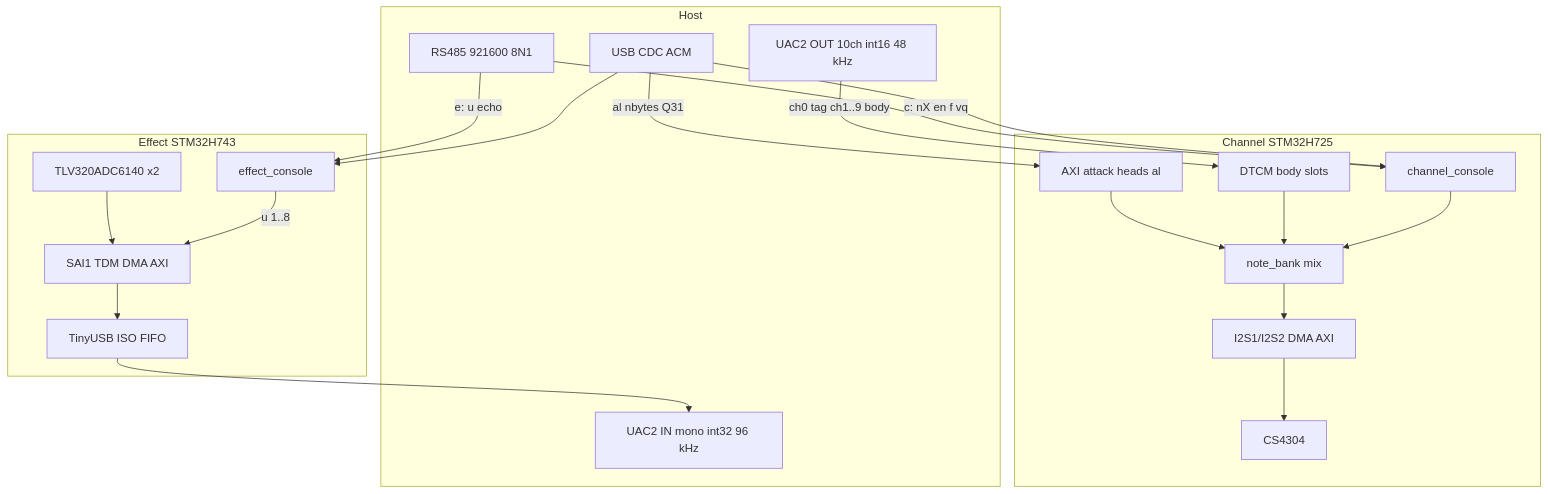
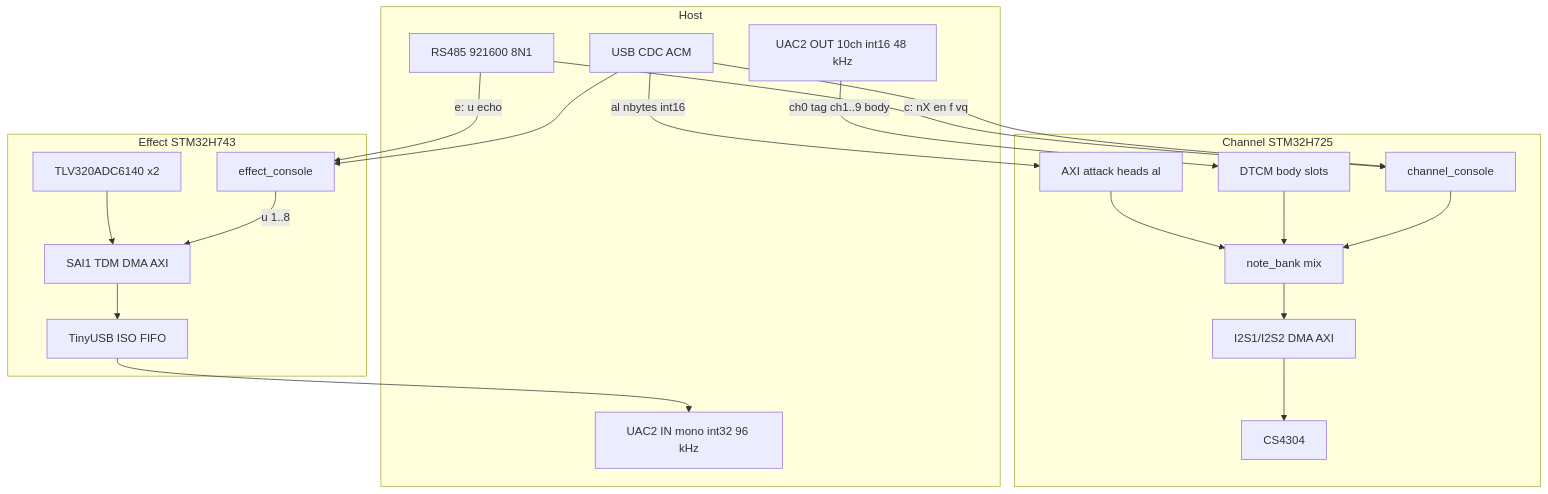
Before and after one commit to narendrabhatt-freshwater/firmware: the first of 5 diagrams in channel_card/docs/diagrams/card_data_flow.md, drawn with Mermaid. The commit also changed other lines of this file and 24 other files, not shown here.

````diff
--- a/channel_card/docs/diagrams/card_data_flow.md
+++ b/channel_card/docs/diagrams/card_data_flow.md
@@ -17,38 +17,38 @@
 ```mermaid
 flowchart TB
   subgraph host [Host]
     RS485[RS485 921600 8N1]
     CDC[USB CDC ACM]
     UacOut[UAC2 OUT 10ch int16 48 kHz]
     UacIn[UAC2 IN mono int32 96 kHz]
   end
 
   subgraph ch [Channel STM32H725]
     ChCon[channel_console]
     ChAtk[AXI attack heads al]
     ChRing[DTCM body slots]
     ChMix[note_bank mix]
     ChI2S[I2S1/I2S2 DMA AXI]
     ChDac[CS4304]
   end
 
   subgraph fx [Effect STM32H743]
     FxCon[effect_console]
     FxSai[SAI1 TDM DMA AXI]
     FxAdc[TLV320ADC6140 x2]
     FxFifo[TinyUSB ISO FIFO]
   end
 
   RS485 -->|"c: nX en f vq"| ChCon
   RS485 -->|"e: u echo"| FxCon
-  CDC -->|"al nbytes Q31"| ChAtk
+  CDC -->|"al nbytes int16"| ChAtk
   CDC --> ChCon
   CDC --> FxCon
   UacOut -->|"ch0 tag ch1..9 body"| ChRing
   ChAtk --> ChMix
   ChRing --> ChMix
   ChCon --> ChMix
   ChMix --> ChI2S --> ChDac
   FxAdc --> FxSai --> FxFifo --> UacIn
   FxCon -->|"u 1..8"| FxSai
 ```
````
